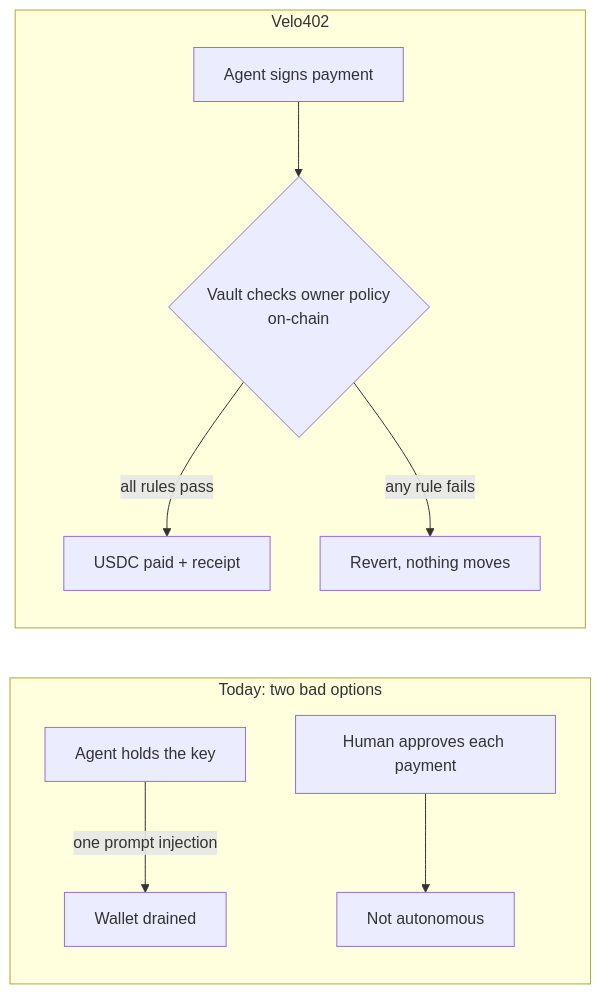
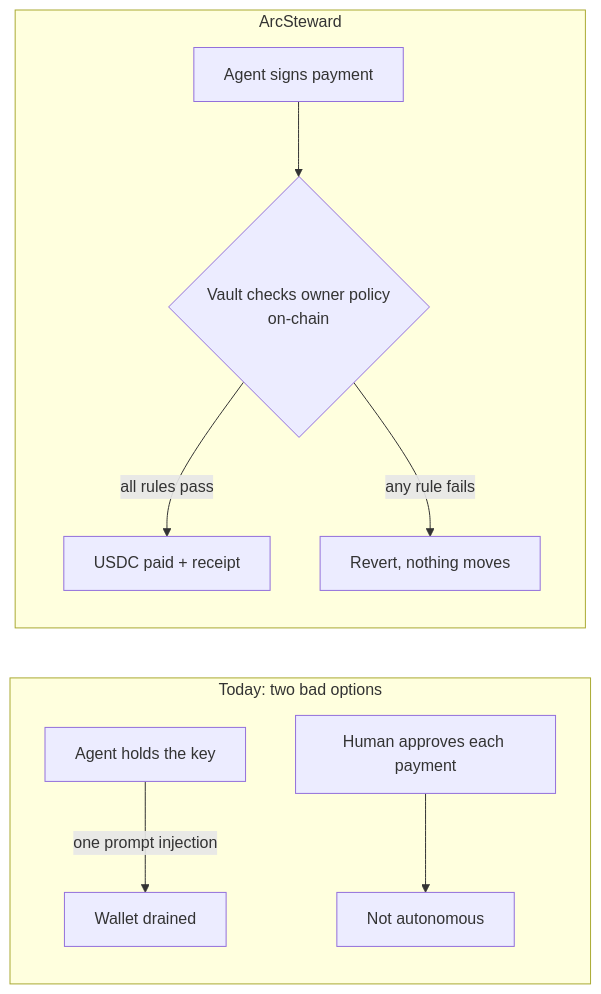
Before and after one commit to Lakshmikanth-3/ArcSteward: the first of 5 diagrams in README.md, drawn with Mermaid. The commit also changed other lines of this file and 18 other files, not shown here.

First line of the commit message:
Rebrand to ArcSteward with codex redesign of the web app

````diff
--- a/README.md
+++ b/README.md
@@ -62,12 +79,12 @@
 ```mermaid
 flowchart LR
   subgraph Today["Today: two bad options"]
     K[Agent holds the key] -->|one prompt injection| X[Wallet drained]
     H[Human approves each payment] --> S[Not autonomous]
   end
-  subgraph V["Velo402"]
+  subgraph V["ArcSteward"]
     A[Agent signs payment] --> C{Vault checks owner policy<br/>on-chain}
     C -->|all rules pass| P[USDC paid + receipt]
     C -->|any rule fails| R[Revert, nothing moves]
   end
 ```
````
